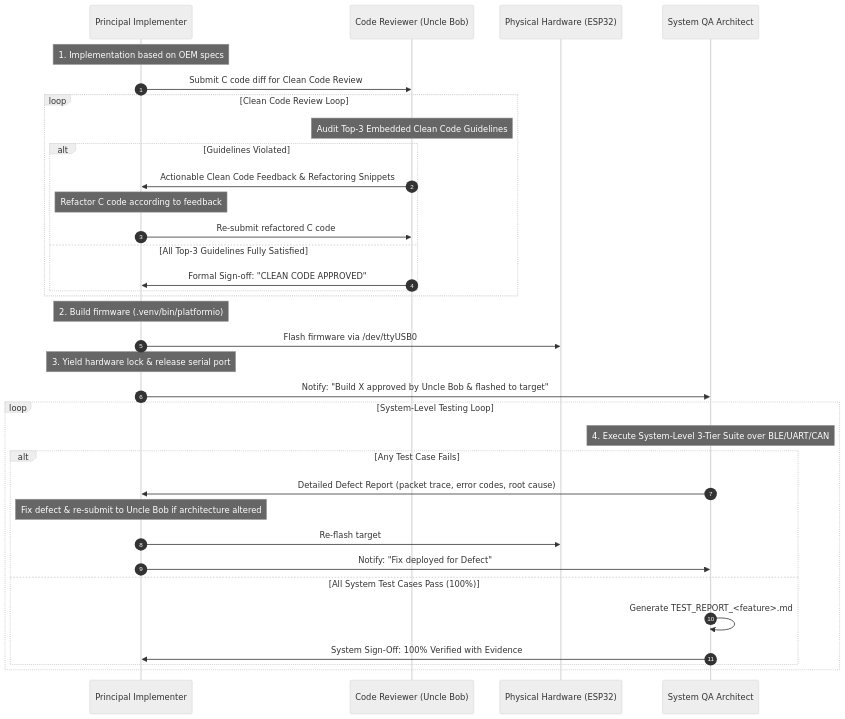
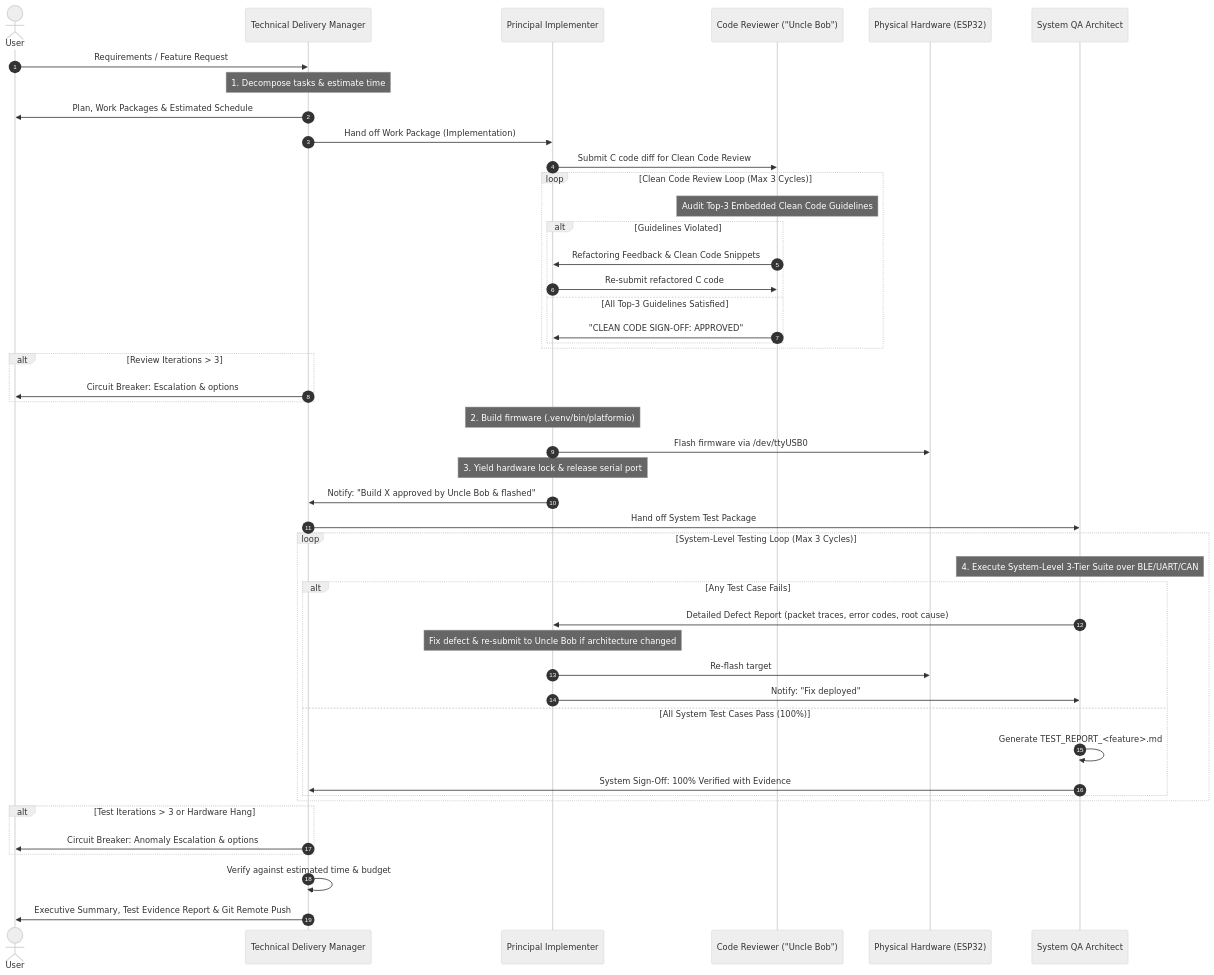
One commit to aam2kor/obd_scanner changed the diagram in .agent/skills/vci-tdd-team/SKILL.md. Above: the diagram before and after it, drawn with Mermaid (neutral theme). The commit also changed other lines of this file and 1 other file, not shown here.

Commit message:
feat(tdd): integrate Technical Delivery Manager into 4-tier vci-tdd-team framework

````diff
--- a/.agent/skills/vci-tdd-team/SKILL.md
+++ b/.agent/skills/vci-tdd-team/SKILL.md
@@ -92,39 +91,56 @@
 ```mermaid
 sequenceDiagram
     autonumber
+    actor User as User
+    participant M as Technical Delivery Manager
     participant I as Principal Implementer
-    participant CR as Code Reviewer (Uncle Bob)
+    participant CR as Code Reviewer ("Uncle Bob")
     participant HW as Physical Hardware (ESP32)
     participant QA as System QA Architect
 
-    Note over I: 1. Implementation based on OEM specs
+    User->>M: Requirements / Feature Request
+    Note over M: 1. Decompose tasks & estimate time
+    M->>User: Plan, Work Packages & Estimated Schedule
+    
+    M->>I: Hand off Work Package (Implementation)
     I->>CR: Submit C code diff for Clean Code Review
-    loop Clean Code Review Loop
+    loop Clean Code Review Loop (Max 3 Cycles)
         Note over CR: Audit Top-3 Embedded Clean Code Guidelines
         alt Guidelines Violated
-            CR->>I: Actionable Clean Code Feedback & Refactoring Snippets
-            Note over I: Refactor C code according to feedback
+            CR->>I: Refactoring Feedback & Clean Code Snippets
             I->>CR: Re-submit refactored C code
-        else All Top-3 Guidelines Fully Satisfied
-            CR->>I: Formal Sign-off: "CLEAN CODE APPROVED"
+        else All Top-3 Guidelines Satisfied
+            CR->>I: "CLEAN CODE SIGN-OFF: APPROVED"
         end
+    end
+
+    alt Review Iterations > 3
+        M->>User: Circuit Breaker: Escalation & options
     end
 
     Note over I: 2. Build firmware (.venv/bin/platformio)
     I->>HW: Flash firmware via /dev/ttyUSB0
     Note over I: 3. Yield hardware lock & release serial port
-    I->>QA: Notify: "Build X approved by Uncle Bob & flashed to target"
-
-    loop System-Level Testing Loop
+    I->>M: Notify: "Build X approved by Uncle Bob & flashed"
+    
+    M->>QA: Hand off System Test Package
+    loop System-Level Testing Loop (Max 3 Cycles)
         Note over QA: 4. Execute System-Level 3-Tier Suite over BLE/UART/CAN
         alt Any Test Case Fails
-            QA->>I: Detailed Defect Report (packet trace, error codes, root cause)
-            Note over I: Fix defect & re-submit to Uncle Bob if architecture altered
+            QA->>I: Detailed Defect Report (packet traces, error codes, root cause)
+            Note over I: Fix defect & re-submit to Uncle Bob if architecture changed
             I->>HW: Re-flash target
-            I->>QA: Notify: "Fix deployed for Defect"
+            I->>QA: Notify: "Fix deployed"
         else All System Test Cases Pass (100%)
             QA->>QA: Generate TEST_REPORT_<feature>.md
-            QA->>I: System Sign-Off: 100% Verified with Evidence
+            QA->>M: System Sign-Off: 100% Verified with Evidence
         end
     end
+
+    alt Test Iterations > 3 or Hardware Hang
+        M->>User: Circuit Breaker: Anomaly Escalation & options
+    end
+
+    M->>M: Verify against estimated time & budget
+    M->>User: Executive Summary, Test Evidence Report & Git Remote Push
 ```
````
